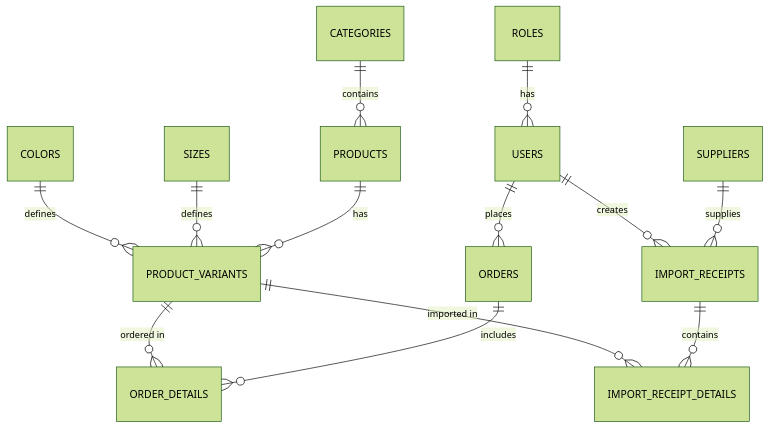
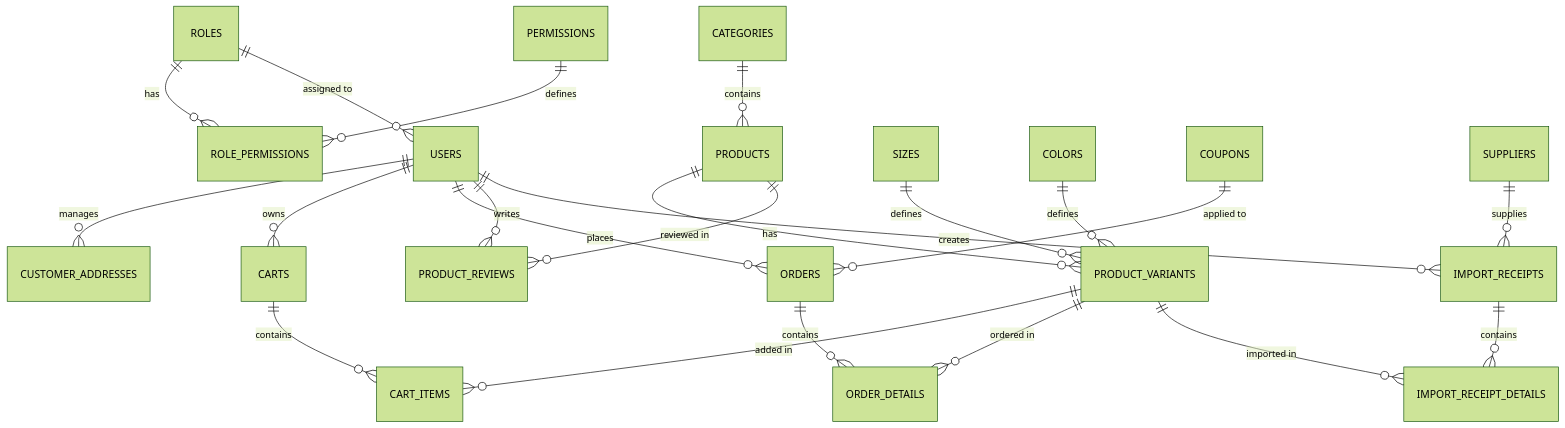
One commit to huuloc4399/QuanLyShopQuanAo_LTWEB changed the second of 2 diagrams in BAOCAO_CHUONG2_THIETKE_CSDL.md. Above: the diagram before and after it, drawn with Mermaid (forest theme). The commit also changed other lines of this file and 23 other files, not shown here.

Commit message:
feat(member1): Bo sung cac bang RBAC phan quyen, Gio hang, Coupons, Reviews va cap nhat Bao cao Chuong 2

````diff
--- a/BAOCAO_CHUONG2_THIETKE_CSDL.md
+++ b/BAOCAO_CHUONG2_THIETKE_CSDL.md
@@ -75,15 +83,24 @@
 ```mermaid
 erDiagram
-    ROLES ||--o{ USERS : "has"
-    USERS ||--o{ ORDERS : "places"
+    ROLES ||--o{ ROLE_PERMISSIONS : "has"
+    PERMISSIONS ||--o{ ROLE_PERMISSIONS : "defines"
+    ROLES ||--o{ USERS : "assigned to"
+    USERS ||--o{ CUSTOMER_ADDRESSES : "manages"
+    USERS ||--o{ CARTS : "owns"
+    CARTS ||--o{ CART_ITEMS : "contains"
+    PRODUCT_VARIANTS ||--o{ CART_ITEMS : "added in"
     CATEGORIES ||--o{ PRODUCTS : "contains"
     PRODUCTS ||--o{ PRODUCT_VARIANTS : "has"
     SIZES ||--o{ PRODUCT_VARIANTS : "defines"
     COLORS ||--o{ PRODUCT_VARIANTS : "defines"
-    ORDERS ||--o{ ORDER_DETAILS : "includes"
+    USERS ||--o{ ORDERS : "places"
+    COUPONS ||--o{ ORDERS : "applied to"
+    ORDERS ||--o{ ORDER_DETAILS : "contains"
     PRODUCT_VARIANTS ||--o{ ORDER_DETAILS : "ordered in"
+    PRODUCTS ||--o{ PRODUCT_REVIEWS : "reviewed in"
+    USERS ||--o{ PRODUCT_REVIEWS : "writes"
     SUPPLIERS ||--o{ IMPORT_RECEIPTS : "supplies"
     USERS ||--o{ IMPORT_RECEIPTS : "creates"
     IMPORT_RECEIPTS ||--o{ IMPORT_RECEIPT_DETAILS : "contains"
     PRODUCT_VARIANTS ||--o{ IMPORT_RECEIPT_DETAILS : "imported in"
 ```
````
